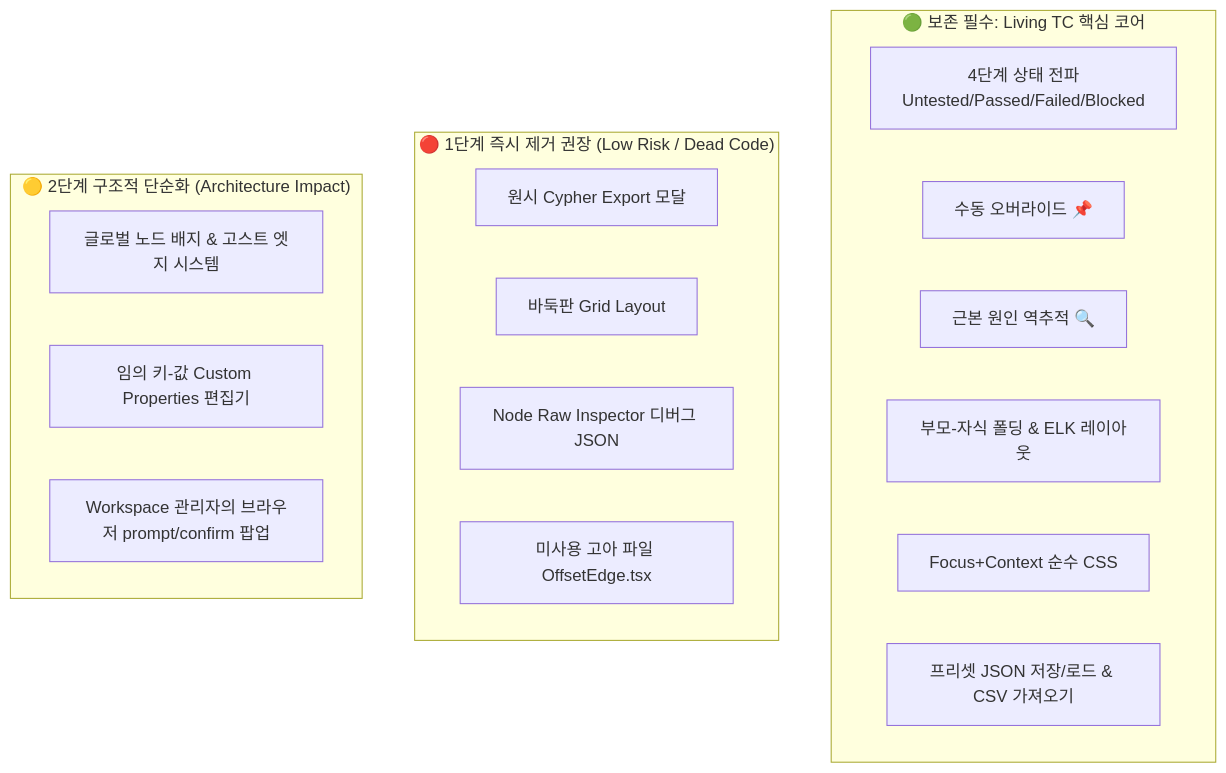
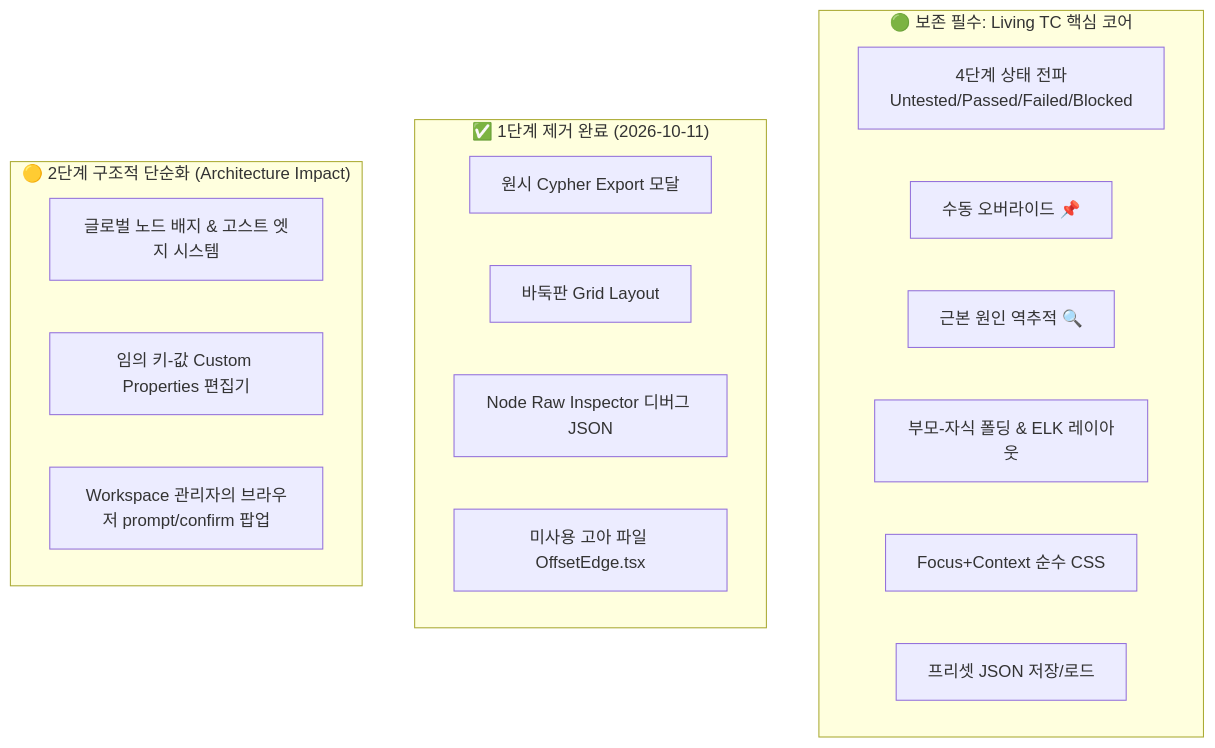
One commit to SDDON/Coveragemap changed the diagram in FEATURE_PRUNING_GUIDE.md. Above: the diagram before and after it, drawn with Mermaid. The commit also changed other lines of this file and 19 other files, not shown here.

````diff
--- a/FEATURE_PRUNING_GUIDE.md
+++ b/FEATURE_PRUNING_GUIDE.md
@@ -15,24 +15,24 @@
 ```mermaid
 graph TD
     subgraph Core [" 🟢 보존 필수: Living TC 핵심 코어 "]
         A[4단계 상태 전파<br/>Untested/Passed/Failed/Blocked]
         B[수동 오버라이드 📌]
         C[근본 원인 역추적 🔍]
         D[부모-자식 폴딩 & ELK 레이아웃]
         E[Focus+Context 순수 CSS]
-        F[프리셋 JSON 저장/로드 & CSV 가져오기]
+        F[프리셋 JSON 저장/로드]
     end
 
-    subgraph Tier1 [" 🔴 1단계 즉시 제거 권장 (Low Risk / Dead Code) "]
+    subgraph Tier1 [" ✅ 1단계 제거 완료 (2026-10-11) "]
         G[원시 Cypher Export 모달]
         H[바둑판 Grid Layout]
         I[Node Raw Inspector 디버그 JSON]
         J[미사용 고아 파일 OffsetEdge.tsx]
     end
 
     subgraph Tier2 [" 🟡 2단계 구조적 단순화 (Architecture Impact) "]
         K[글로벌 노드 배지 & 고스트 엣지 시스템]
         L[임의 키-값 Custom Properties 편집기]
         M[Workspace 관리자의 브라우저 prompt/confirm 팝업]
     end
 ```
````
